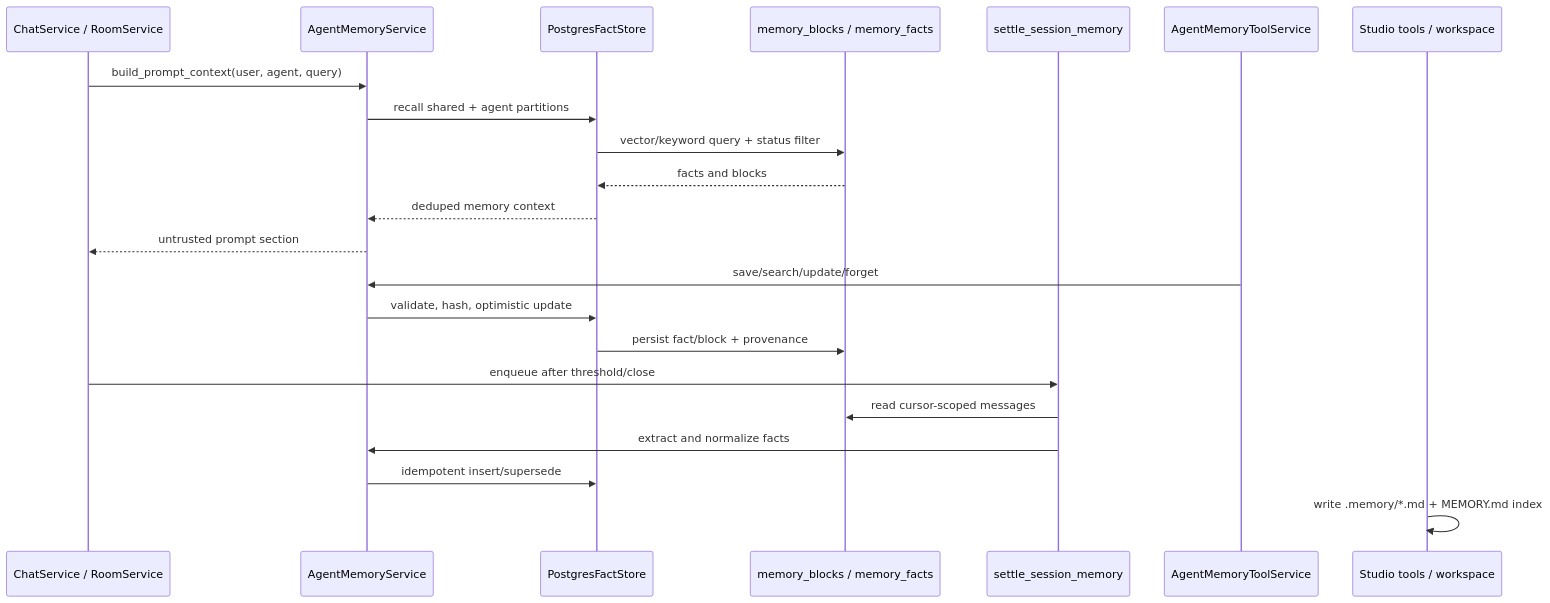
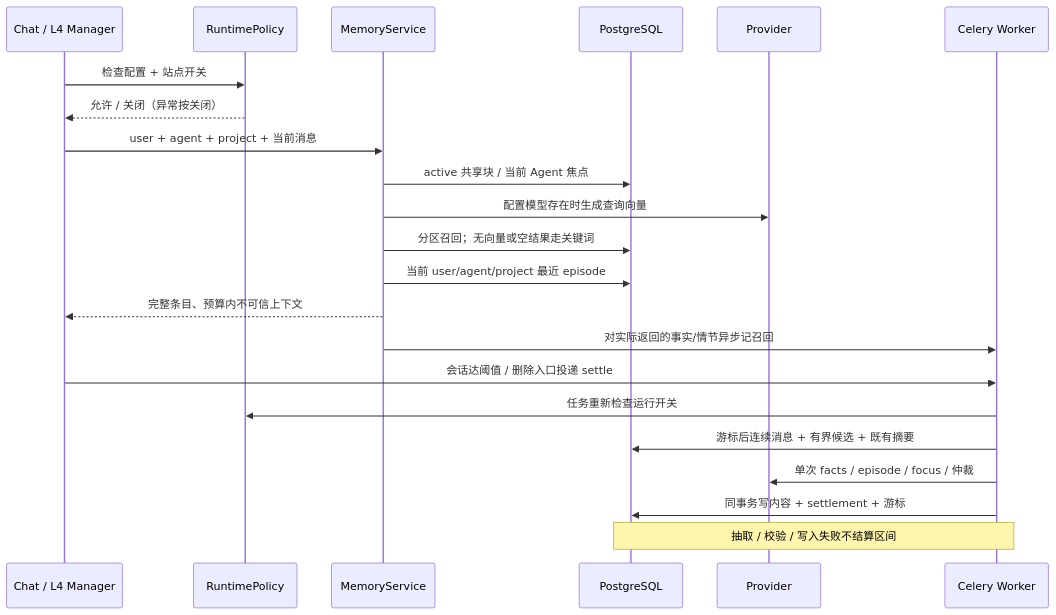
One commit to CygnusX-Labs/CygnusX changed the second of 2 diagrams in ARCHITECTURE_DESIGN/CygnusX_memory_architecture.md. Above: the diagram before and after it, drawn with Mermaid. The commit also changed other lines of this file and 76 other files, not shown here.

````diff
--- a/ARCHITECTURE_DESIGN/CygnusX_memory_architecture.md
+++ b/ARCHITECTURE_DESIGN/CygnusX_memory_architecture.md
@@ -42,25 +86,24 @@
 ```mermaid
 sequenceDiagram
-    participant Chat as ChatService / RoomService
-    participant Memory as AgentMemoryService
-    participant Store as PostgresFactStore
-    participant DB as memory_blocks / memory_facts
-    participant Celery as settle_session_memory
-    participant Tools as AgentMemoryToolService
-    participant Studio as Studio tools / workspace
-
-    Chat->>Memory: build_prompt_context(user, agent, query)
-    Memory->>Store: recall shared + agent partitions
-    Store->>DB: vector/keyword query + status filter
-    DB-->>Store: facts and blocks
-    Store-->>Memory: deduped memory context
-    Memory-->>Chat: untrusted prompt section
-    Tools->>Memory: save/search/update/forget
-    Memory->>Store: validate, hash, optimistic update
-    Store->>DB: persist fact/block + provenance
-    Chat->>Celery: enqueue after threshold/close
-    Celery->>DB: read cursor-scoped messages
-    Celery->>Memory: extract and normalize facts
-    Memory->>Store: idempotent insert/supersede
-    Studio->>Studio: write .memory/*.md + MEMORY.md index
+    participant C as Chat / L4 Manager
+    participant G as RuntimePolicy
+    participant M as MemoryService
+    participant D as PostgreSQL
+    participant P as Provider
+    participant W as Celery Worker
+    C->>G: 检查配置 + 站点开关
+    G-->>C: 允许 / 关闭（异常按关闭）
+    C->>M: user + agent + project + 当前消息
+    M->>D: active 共享块 / 当前 Agent 焦点
+    M->>P: 配置模型存在时生成查询向量
+    M->>D: 分区召回；无向量或空结果走关键词
+    M->>D: 当前 user/agent/project 最近 episode
+    M-->>C: 完整条目、预算内不可信上下文
+    M->>W: 对实际返回的事实/情节异步记召回
+    C->>W: 会话达阈值 / 删除入口投递 settle
+    W->>G: 任务重新检查运行开关
+    W->>D: 游标后连续消息 + 有界候选 + 既有摘要
+    W->>P: 单次 facts / episode / focus / 仲裁
+    W->>D: 同事务写内容 + settlement + 游标
+    Note over W,D: 抽取 / 校验 / 写入失败不结算区间
 ```
````
